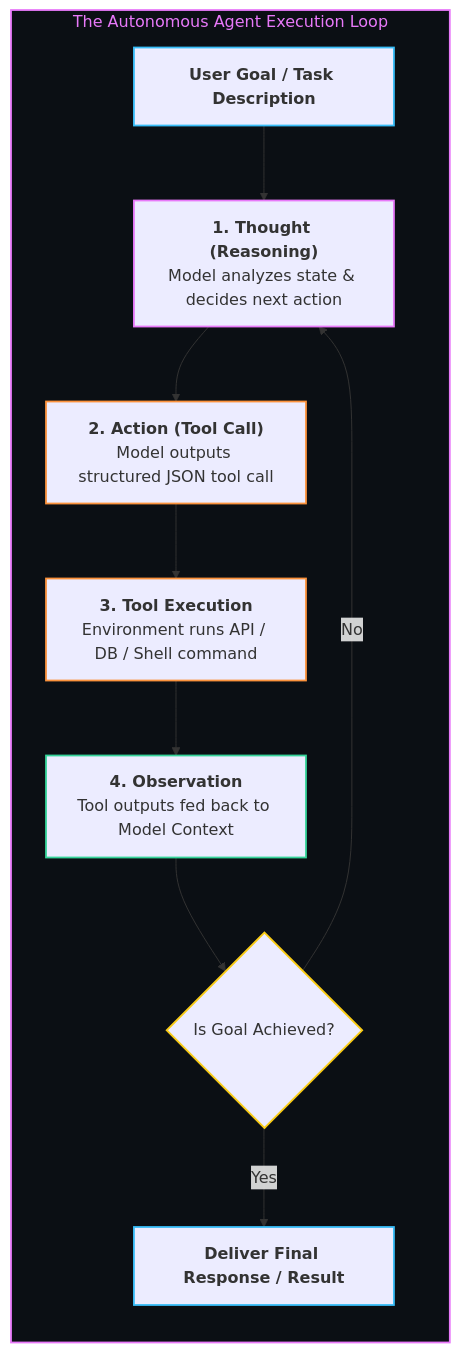
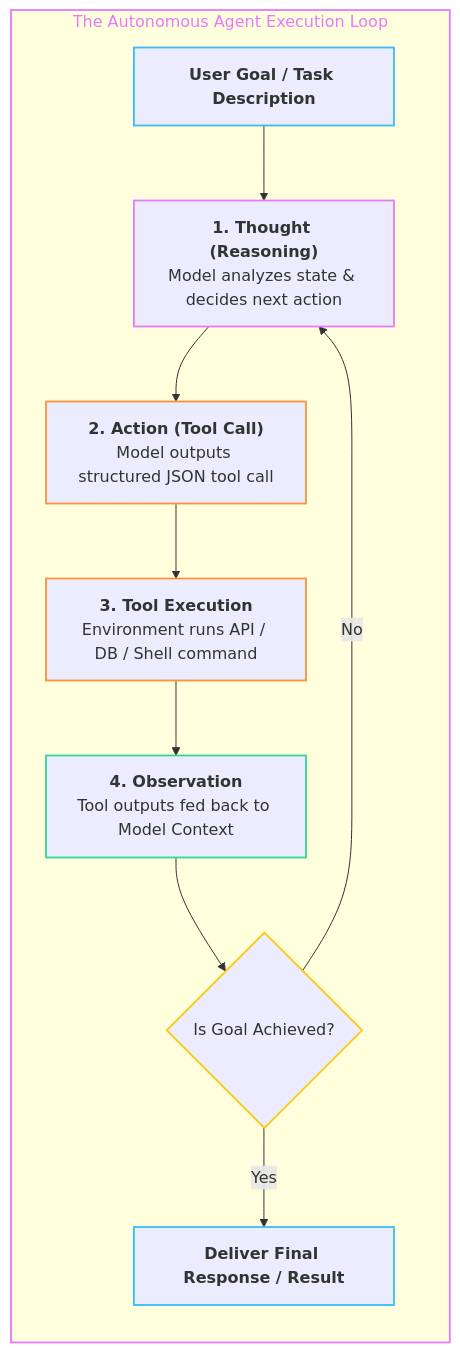
One commit to abhinavbharti2345/CS_Notes changed the diagram in BrainOS/08 - LLM & GenAI/AI Agents.md. Above: the diagram before and after it, drawn with Mermaid. The commit also changed 26 other files, not shown here.

Commit message:
feat: initialize BrainOS knowledge base with foundational curriculum and roadmap notes

````diff
--- a/BrainOS/08 - LLM & GenAI/AI Agents.md
+++ b/BrainOS/08 - LLM & GenAI/AI Agents.md
@@ -22,27 +22,27 @@
 ```mermaid
 flowchart TD
     subgraph REACT_CYCLE ["The Autonomous Agent Execution Loop"]
         direction TB
         GOAL["<b>User Goal / Task Description</b>"] --> THOUGHT["<b>1. Thought (Reasoning)</b><br/>Model analyzes state & decides next action"]
         THOUGHT --> ACTION["<b>2. Action (Tool Call)</b><br/>Model outputs structured JSON tool call"]
         ACTION --> EXEC["<b>3. Tool Execution</b><br/>Environment runs API / DB / Shell command"]
         EXEC --> OBSERVE["<b>4. Observation</b><br/>Tool outputs fed back to Model Context"]
         OBSERVE --> CHECK{"Is Goal Achieved?"}
         CHECK -- No --> THOUGHT
         CHECK -- Yes --> FINAL["<b>Deliver Final Response / Result</b>"]
     end
 
-    style REACT_CYCLE fill:#0B0F14,stroke:#E879F9,stroke-width:1.8px,color:#E879F9
+    style REACT_CYCLE stroke:#E879F9,stroke-width:1.8px,color:#E879F9
 
     classDef ioNode stroke:#38BDF8,stroke-width:1.8px;
     classDef thoughtNode stroke:#E879F9,stroke-width:1.8px;
     classDef toolNode stroke:#FB923C,stroke-width:1.8px;
     classDef obsNode stroke:#34D399,stroke-width:1.8px;
     classDef checkNode stroke:#FACC15,stroke-width:1.8px;
 
     class GOAL,FINAL ioNode;
     class THOUGHT thoughtNode;
     class ACTION,EXEC toolNode;
     class OBSERVE obsNode;
     class CHECK checkNode;
 ```
````
